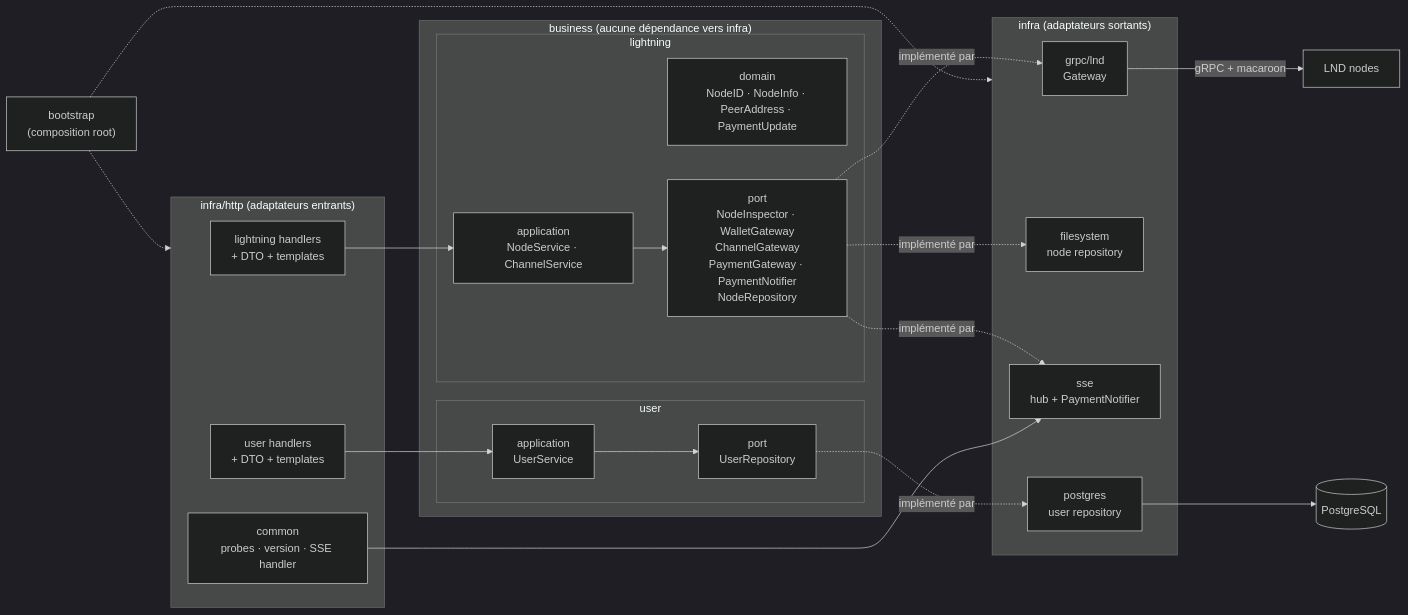
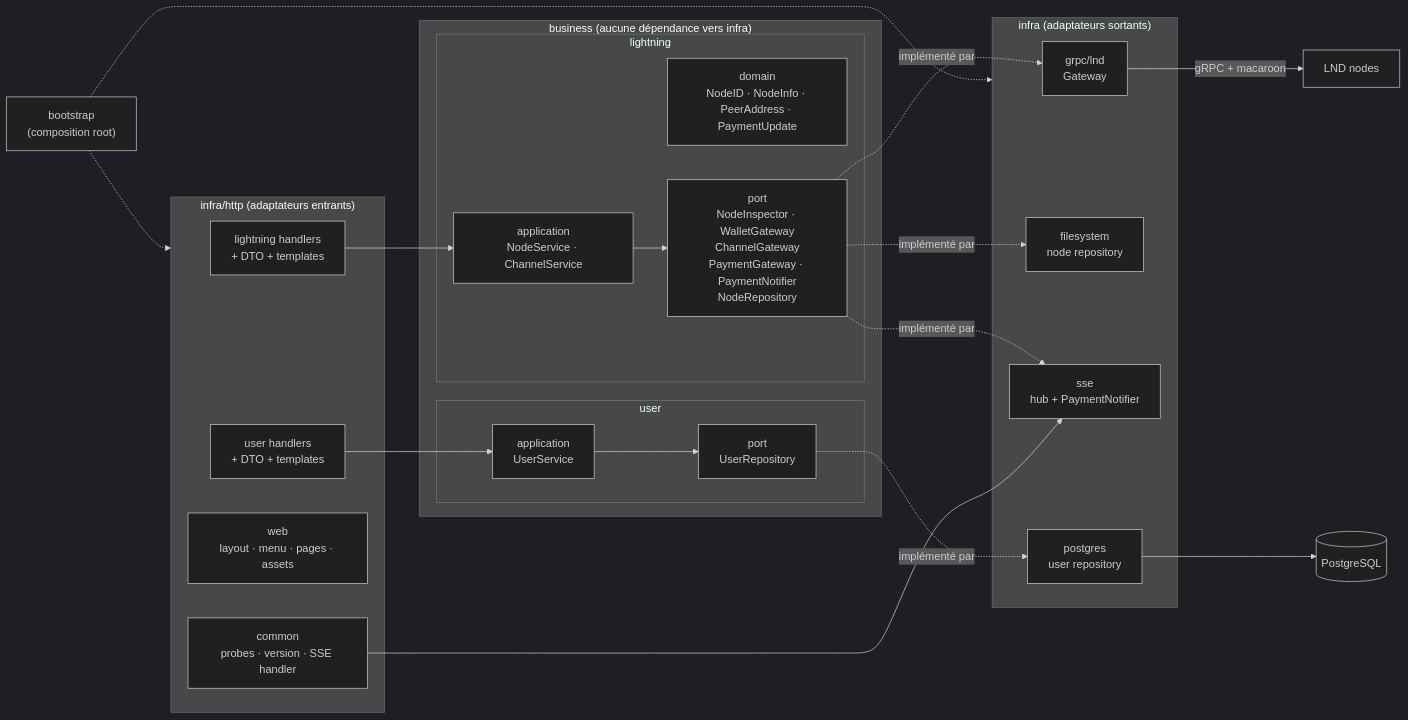
Before and after one commit to LMare/lightning-playground: the diagram in docs-schema/BACKEND_ARCHITECTURE.md, drawn with Mermaid (dark theme). The commit also changed other lines of this file and 8 other files, not shown here.

````diff
--- a/docs-schema/BACKEND_ARCHITECTURE.md
+++ b/docs-schema/BACKEND_ARCHITECTURE.md
@@ -6,41 +6,42 @@
 ```mermaid
 graph LR
     subgraph IN["infra/http (adaptateurs entrants)"]
         HL["lightning handlers<br/>+ DTO + templates"]
         HU["user handlers<br/>+ DTO + templates"]
+        HW["web<br/>layout · menu · pages · assets"]
         HC["common<br/>probes · version · SSE handler"]
     end
 
     subgraph BIZ["business (aucune dépendance vers infra)"]
         subgraph LN["lightning"]
             LAPP["application<br/>NodeService · ChannelService"]
             LDOM["domain<br/>NodeID · NodeInfo · PeerAddress · PaymentUpdate"]
             LPORT["port<br/>NodeInspector · WalletGateway<br/>ChannelGateway<br/>PaymentGateway · PaymentNotifier<br/>NodeRepository"]
         end
         subgraph US["user"]
             UAPP["application<br/>UserService"]
             UPORT["port<br/>UserRepository"]
         end
     end
 
     subgraph OUT["infra (adaptateurs sortants)"]
         GRPC["grpc/lnd<br/>Gateway"]
         FS["filesystem<br/>node repository"]
         SSE["sse<br/>hub + PaymentNotifier"]
         PG["postgres<br/>user repository"]
     end
 
     HL --> LAPP
     HU --> UAPP
     LAPP --> LPORT
     UAPP --> UPORT
     LPORT -. implémenté par .-> GRPC
     LPORT -. implémenté par .-> FS
     LPORT -. implémenté par .-> SSE
     UPORT -. implémenté par .-> PG
     GRPC -->|gRPC + macaroon| LND["LND nodes"]
     PG --> DB[("PostgreSQL")]
     HC --> SSE
     BOOT["bootstrap<br/>(composition root)"] -.-> IN
     BOOT -.-> OUT
 ```
````
